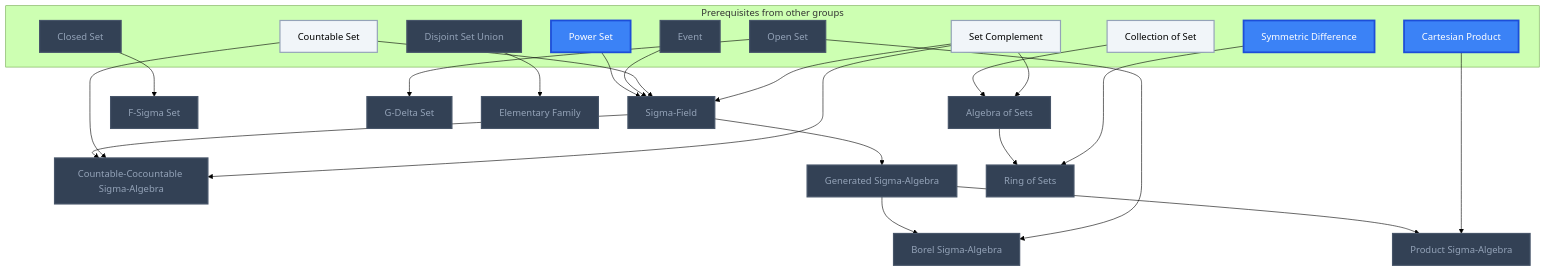
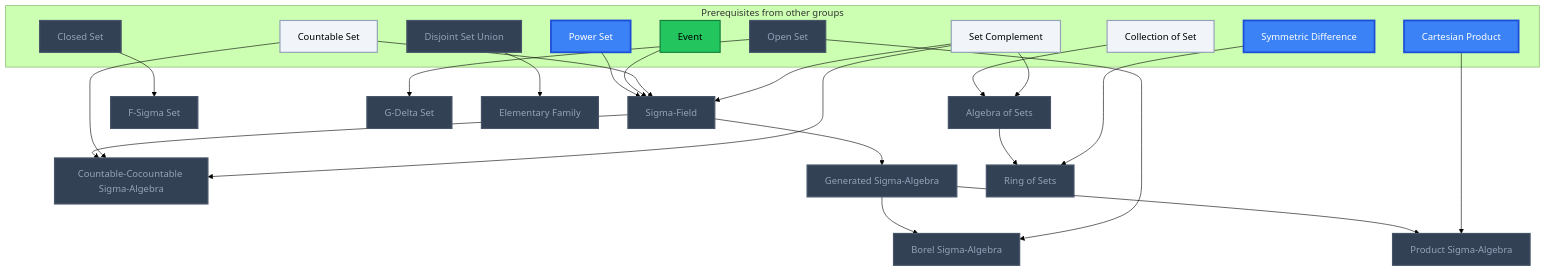
Before and after one commit to MRauf1/My-Notes: the eighth of 13 diagrams in Gamification/Skill Trees/Measure Theory.md, drawn with Mermaid (forest theme). The commit also changed other lines of this file and 42 other files, not shown here.

````diff
--- a/Gamification/Skill Trees/Measure Theory.md
+++ b/Gamification/Skill Trees/Measure Theory.md
@@ -239,57 +239,58 @@
 ```mermaid
 flowchart TD
     classDef planned fill:#1E293B,stroke:#64748B,stroke-width:2px,stroke-dasharray:5 5,color:#94A3B8;
     classDef locked fill:#334155,stroke:#475569,stroke-width:2px,color:#94A3B8;
     classDef L0 fill:#F1F5F9,stroke:#94A3B8,stroke-width:2px,color:#000000;
     classDef L1 fill:#22C55E,stroke:#15803D,stroke-width:2px,color:#000000;
     classDef L2 fill:#3B82F6,stroke:#1D4ED8,stroke-width:3px,color:#FFFFFF;
     classDef L3 fill:#A855F7,stroke:#6B21A8,stroke-width:3px,color:#FFFFFF,font-weight:bold;
     classDef L4 fill:#F97316,stroke:#C2410C,stroke-width:4px,color:#000000,font-weight:bold;
     classDef L5 fill:#FFD700,stroke:#FF8C00,stroke-width:5px,color:#000000,font-weight:bold;
     classDef rusty stroke:#8B4513,stroke-width:4px,stroke-dasharray:3 3;
     subgraph sg_prereqs["Prerequisites from other groups"]
         n_collection_of_set["Collection of Set"]
         n_countable_set["Countable Set"]
         n_closed_set["Closed Set"]
         n_open_set["Open Set"]
         n_cartesian_product["Cartesian Product"]
         n_disjoint_set_union["Disjoint Set Union"]
         n_symmetric_difference["Symmetric Difference"]
         n_power_set["Power Set"]
         n_event["Event"]
         n_set_complement["Set Complement"]
     end
     n_algebra_of_sets["Algebra of Sets"]
     n_countable_cocountable_sigma_algebra["Countable-Cocountable Sigma-Algebra"]
     n_generated_sigma_algebra["Generated Sigma-Algebra"]
     n_f_sigma_set["F-Sigma Set"]
     n_g_delta_set["G-Delta Set"]
     n_borel_sigma_algebra["Borel Sigma-Algebra"]
     n_product_sigma_algebra["Product Sigma-Algebra"]
     n_elementary_family["Elementary Family"]
     n_ring_of_sets["Ring of Sets"]
     n_sigma_field["Sigma-Field"]
     n_collection_of_set --> n_algebra_of_sets
     n_sigma_field --> n_countable_cocountable_sigma_algebra
     n_countable_set --> n_countable_cocountable_sigma_algebra
     n_sigma_field --> n_generated_sigma_algebra
     n_closed_set --> n_f_sigma_set
     n_open_set --> n_g_delta_set
     n_generated_sigma_algebra --> n_borel_sigma_algebra
     n_open_set --> n_borel_sigma_algebra
     n_generated_sigma_algebra --> n_product_sigma_algebra
     n_cartesian_product --> n_product_sigma_algebra
     n_disjoint_set_union --> n_elementary_family
     n_algebra_of_sets --> n_ring_of_sets
     n_symmetric_difference --> n_ring_of_sets
     n_power_set --> n_sigma_field
     n_event --> n_sigma_field
     n_countable_set --> n_sigma_field
     n_set_complement --> n_algebra_of_sets
     n_set_complement --> n_countable_cocountable_sigma_algebra
     n_set_complement --> n_sigma_field
-    class n_closed_set,n_open_set,n_disjoint_set_union,n_event,n_algebra_of_sets,n_countable_cocountable_sigma_algebra,n_generated_sigma_algebra,n_f_sigma_set,n_g_delta_set,n_borel_sigma_algebra,n_product_sigma_algebra,n_elementary_family,n_ring_of_sets,n_sigma_field locked;
+    class n_closed_set,n_open_set,n_disjoint_set_union,n_algebra_of_sets,n_countable_cocountable_sigma_algebra,n_generated_sigma_algebra,n_f_sigma_set,n_g_delta_set,n_borel_sigma_algebra,n_product_sigma_algebra,n_elementary_family,n_ring_of_sets,n_sigma_field locked;
     class n_collection_of_set,n_countable_set,n_set_complement L0;
+    class n_event L1;
     class n_cartesian_product,n_symmetric_difference,n_power_set L2;
     class n_collection_of_set,n_countable_set,n_closed_set,n_open_set,n_cartesian_product,n_disjoint_set_union,n_symmetric_difference,n_power_set,n_event,n_set_complement,n_algebra_of_sets,n_countable_cocountable_sigma_algebra,n_generated_sigma_algebra,n_f_sigma_set,n_g_delta_set,n_borel_sigma_algebra,n_product_sigma_algebra,n_elementary_family,n_ring_of_sets,n_sigma_field internal-link;
 ```
````
